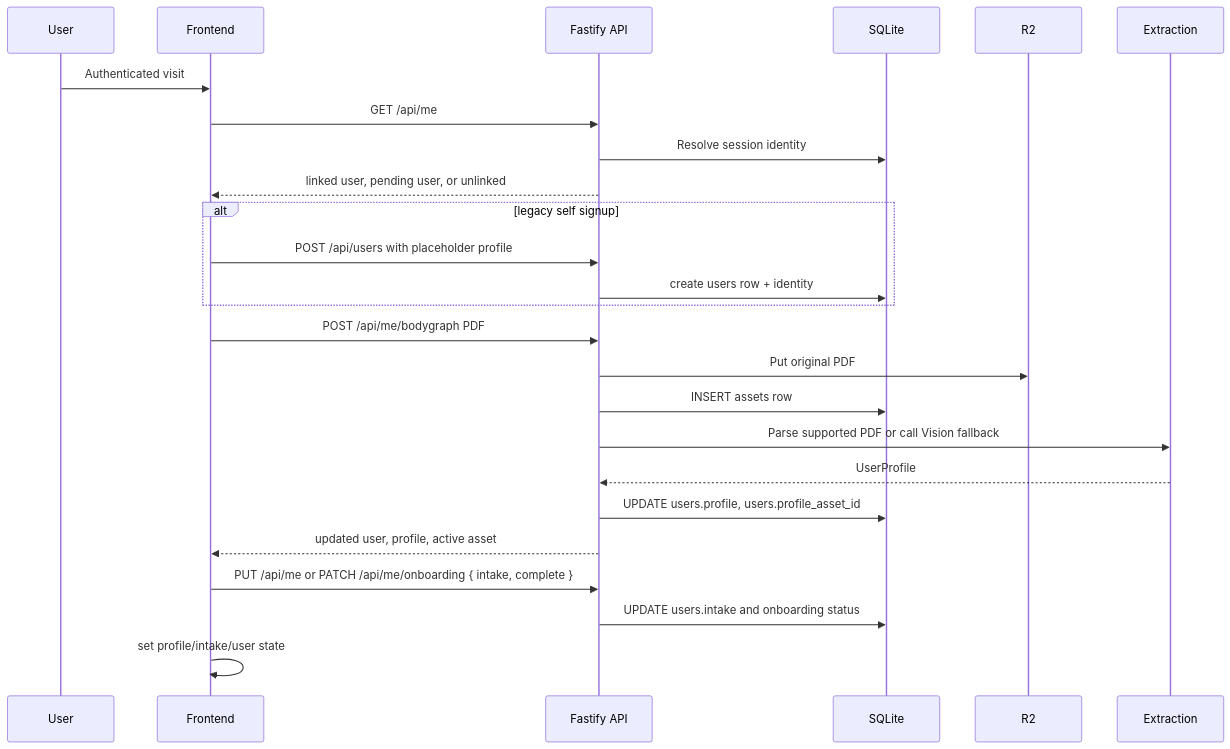
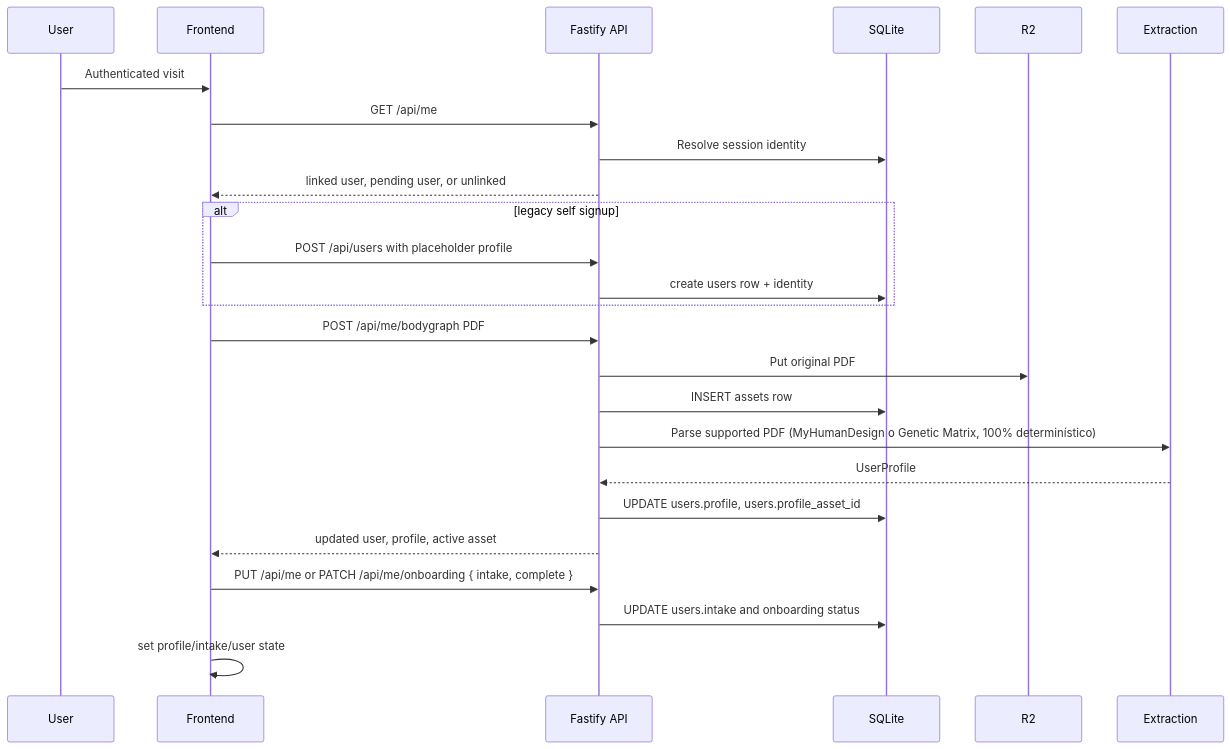
The first of 5 diagrams in ARCHITECTURE.md (brianmontero18/astral), drawn with Mermaid before and after one commit. The commit also changed 5 other files, not shown here.

````diff
--- a/ARCHITECTURE.md
+++ b/ARCHITECTURE.md
@@ -77,30 +77,30 @@
 ```mermaid
 sequenceDiagram
   participant U as User
   participant FE as Frontend
   participant BE as Fastify API
   participant DB as SQLite
   participant R2 as R2
   participant EX as Extraction
 
   U->>FE: Authenticated visit
   FE->>BE: GET /api/me
   BE->>DB: Resolve session identity
   BE-->>FE: linked user, pending user, or unlinked
 
   alt legacy self signup
     FE->>BE: POST /api/users with placeholder profile
     BE->>DB: create users row + identity
   end
 
   FE->>BE: POST /api/me/bodygraph PDF
   BE->>R2: Put original PDF
   BE->>DB: INSERT assets row
-  BE->>EX: Parse supported PDF or call Vision fallback
+  BE->>EX: Parse supported PDF (MyHumanDesign o Genetic Matrix, 100% determinístico)
   EX-->>BE: UserProfile
   BE->>DB: UPDATE users.profile, users.profile_asset_id
   BE-->>FE: updated user, profile, active asset
   FE->>BE: PUT /api/me or PATCH /api/me/onboarding { intake, complete }
   BE->>DB: UPDATE users.intake and onboarding status
   FE->>FE: set profile/intake/user state
 ```
````
